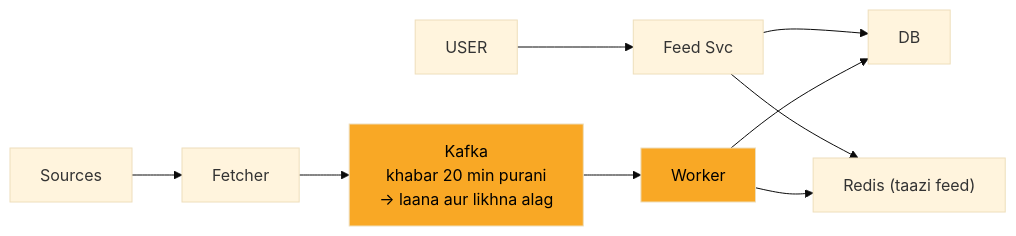
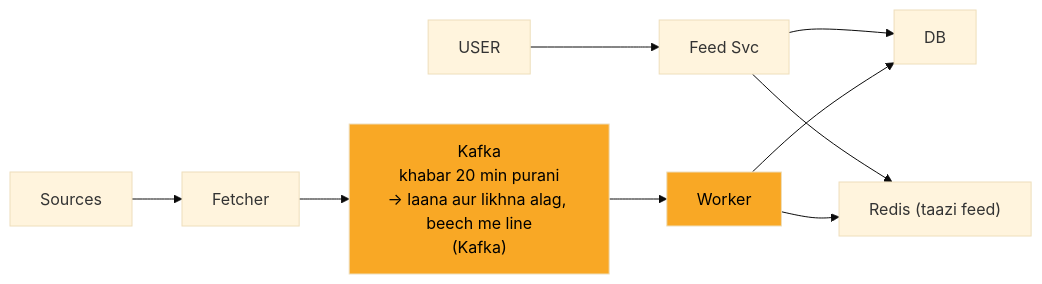
Before and after one commit to ArpanMaheshwari144/Prep: the third of 11 diagrams in 04_HLD/SYSTEM_DESIGNS/08_news_aggregator/08_news_aggregator_INTERVIEW.md, drawn with Mermaid (base theme). The commit also changed other lines of this file and 13 other files, not shown here.

````diff
--- a/04_HLD/SYSTEM_DESIGNS/08_news_aggregator/08_news_aggregator_INTERVIEW.md
+++ b/04_HLD/SYSTEM_DESIGNS/08_news_aggregator/08_news_aggregator_INTERVIEW.md
@@ -109,21 +109,21 @@
 ```mermaid
 flowchart LR
     n_USER["USER"]
     n_Feed_Svc["Feed Svc"]
     n_Redis["Redis (taazi feed)"]
     n_DB["DB"]
     n_Worker["Worker"]
-    n_Kafka["Kafka<br/>khabar 20 min purani<br/>-> laana aur likhna alag"]
+    n_Kafka["Kafka<br/>khabar 20 min purani<br/>-> laana aur likhna alag, beech me line<br/>(Kafka)"]
     n_Fetcher["Fetcher"]
     n_Sources["Sources"]
     n_USER --> n_Feed_Svc
     n_Feed_Svc --> n_Redis
     n_Feed_Svc --> n_DB
     n_Worker --> n_DB
     n_Worker --> n_Redis
     n_Kafka --> n_Worker
     n_Fetcher --> n_Kafka
     n_Sources --> n_Fetcher
     style n_Kafka fill:#f9a825,color:#000
     style n_Worker fill:#f9a825,color:#000
 ```
````
